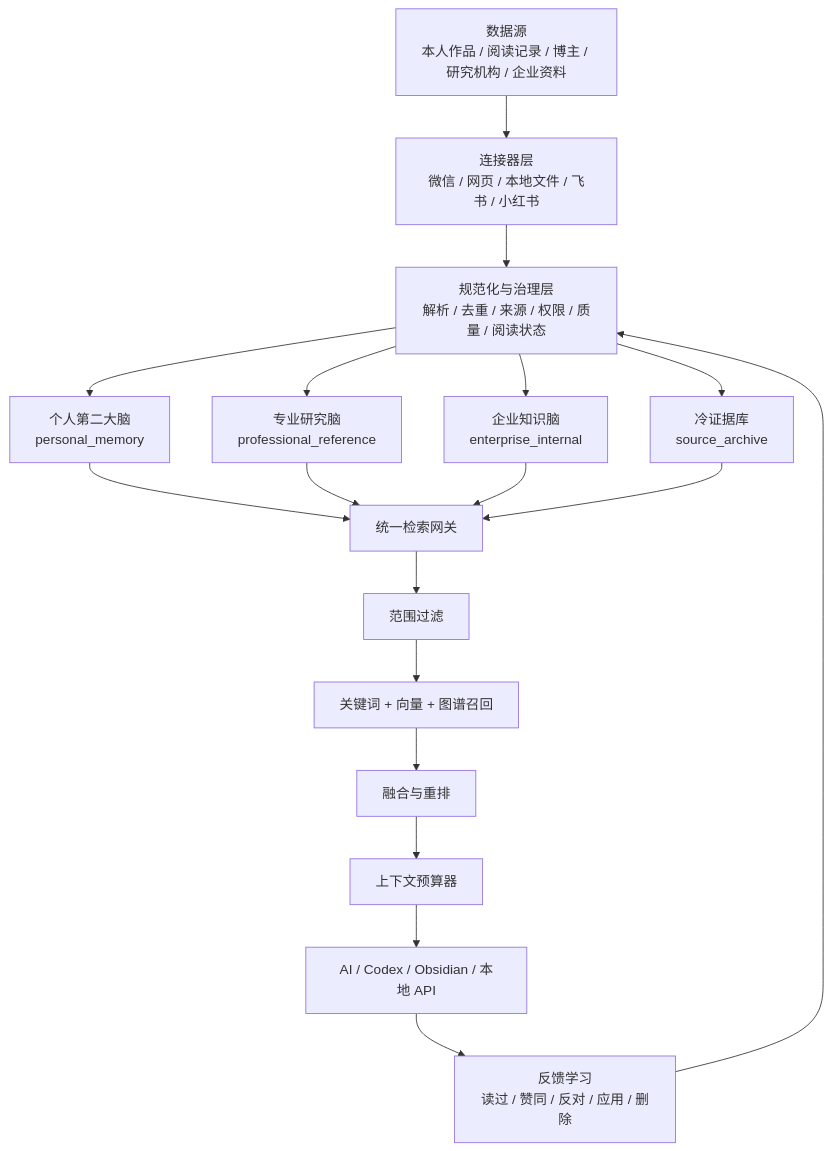
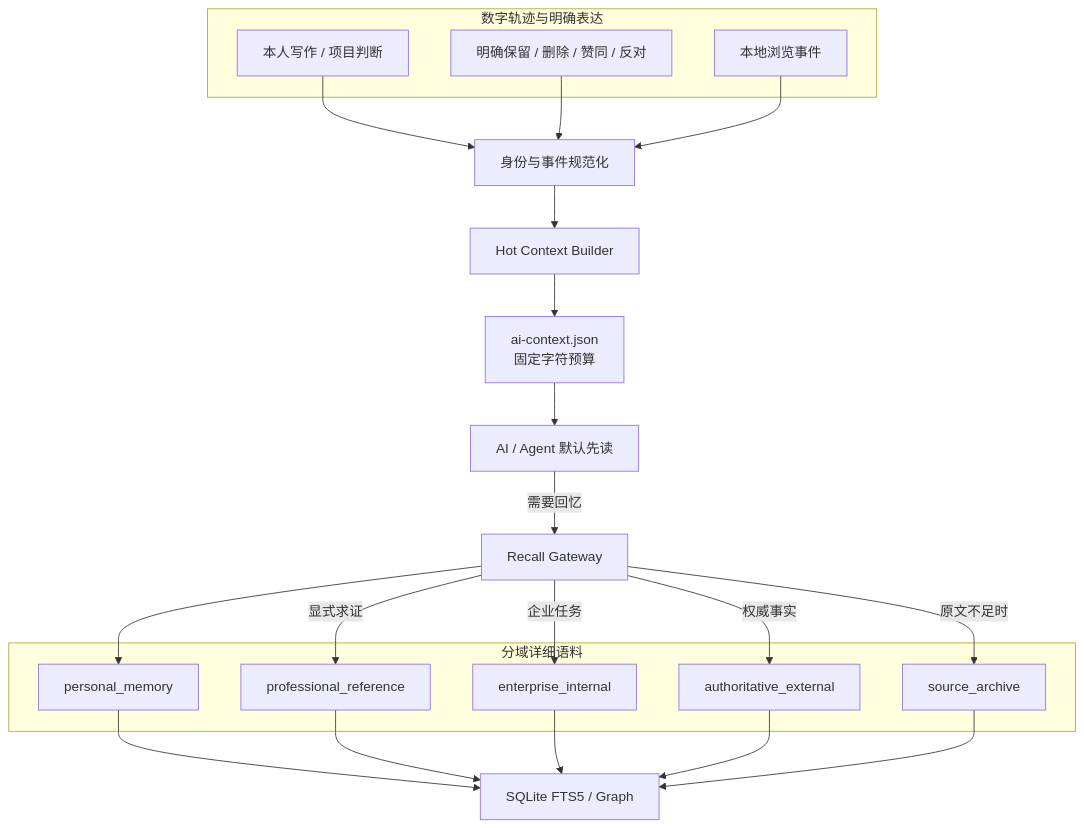
Before and after one commit to wulie0508-gif/personal-knowledge-hub: the diagram in ARCHITECTURE_PROPOSAL.md, drawn with Mermaid. The commit also changed other lines of this file and 17 other files, not shown here.

Commit message:
Add personal context and memory recall layers

````diff
--- a/ARCHITECTURE_PROPOSAL.md
+++ b/ARCHITECTURE_PROPOSAL.md
@@ -62,20 +30,37 @@
 ```mermaid
 flowchart TD
-    A["数据源<br/>本人作品 / 阅读记录 / 博主 / 研究机构 / 企业资料"] --> B["连接器层<br/>微信 / 网页 / 本地文件 / 飞书 / 小红书"]
-    B --> C["规范化与治理层<br/>解析 / 去重 / 来源 / 权限 / 质量 / 阅读状态"]
-    C --> D1["个人第二大脑<br/>personal_memory"]
-    C --> D2["专业研究脑<br/>professional_reference"]
-    C --> D3["企业知识脑<br/>enterprise_internal"]
-    C --> D4["冷证据库<br/>source_archive"]
-    D1 --> E["统一检索网关"]
-    D2 --> E
-    D3 --> E
-    D4 --> E
-    E --> F["范围过滤"]
-    F --> G["关键词 + 向量 + 图谱召回"]
-    G --> H["融合与重排"]
-    H --> I["上下文预算器"]
-    I --> J["AI / Codex / Obsidian / 本地 API"]
-    J --> K["反馈学习<br/>读过 / 赞同 / 反对 / 应用 / 删除"]
-    K --> C
+    subgraph Events["数字轨迹与明确表达"]
+        E1["本人写作 / 项目判断"]
+        E2["明确保留 / 删除 / 赞同 / 反对"]
+        E3["本地浏览事件"]
+    end
+
+    E1 --> N["身份与事件规范化"]
+    E2 --> N
+    E3 --> N
+
+    N --> H["Hot Context Builder"]
+    H --> S["ai-context.json<br/>固定字符预算"]
+    S --> A["AI / Agent 默认先读"]
+
+    subgraph Corpora["分域详细语料"]
+        P["personal_memory"]
+        R["professional_reference"]
+        X["enterprise_internal"]
+        U["authoritative_external"]
+        C["source_archive"]
+    end
+
+    A -->|"需要回忆"| G["Recall Gateway"]
+    G --> P
+    G -->|"显式求证"| R
+    G -->|"企业任务"| X
+    G -->|"权威事实"| U
+    G -->|"原文不足时"| C
+
+    P --> I["SQLite FTS5 / Graph"]
+    R --> I
+    X --> I
+    U --> I
+    C --> I
 ```
````
